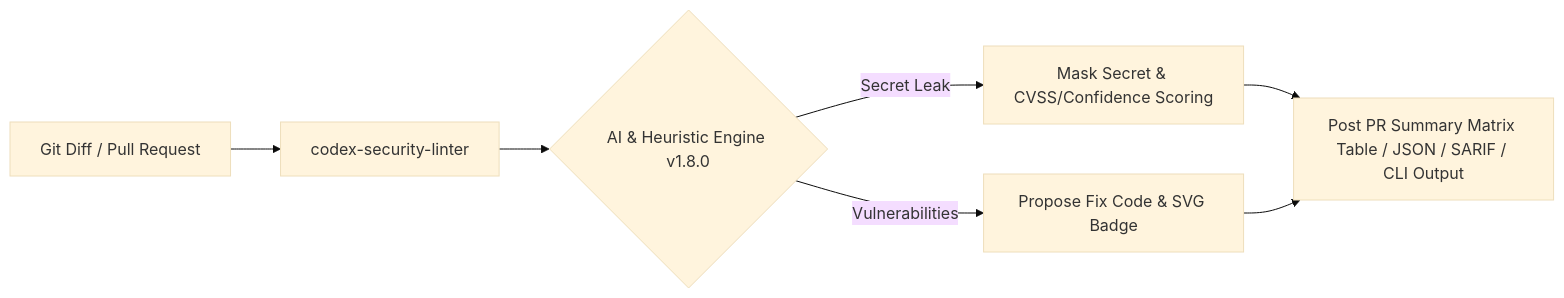
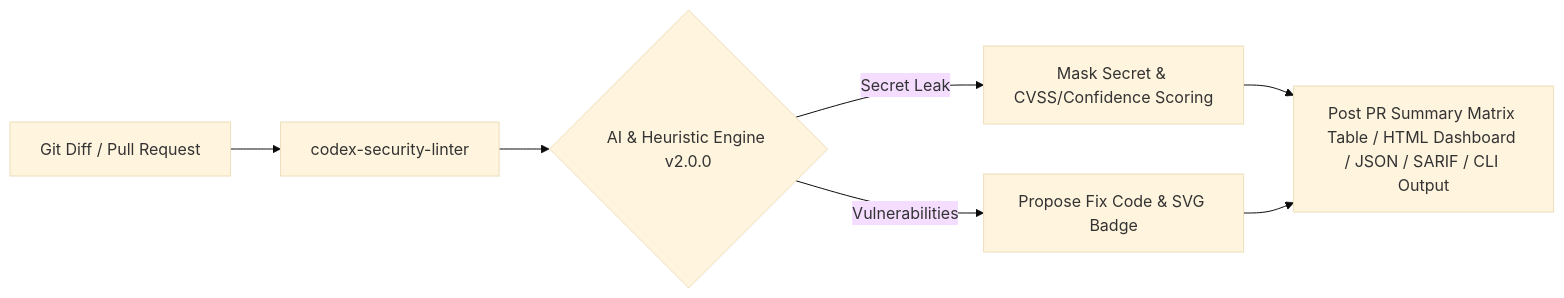
Before and after one commit to knmt1219/codex-security-linter: the diagram in README.md, drawn with Mermaid (base theme). The commit also changed other lines of this file and 3 other files, not shown here.

````diff
--- a/README.md
+++ b/README.md
@@ -15,8 +15,8 @@
 ```mermaid
 graph LR
     A[Git Diff / Pull Request] --> B[codex-security-linter]
-    B --> C{AI & Heuristic Engine v1.8.0}
+    B --> C{AI & Heuristic Engine v2.0.0}
     C -->|Secret Leak| D[Mask Secret & CVSS/Confidence Scoring]
     C -->|Vulnerabilities| E[Propose Fix Code & SVG Badge]
-    D & E --> F[Post PR Summary Matrix Table / JSON / SARIF / CLI Output]
+    D & E --> F[Post PR Summary Matrix Table / HTML Dashboard / JSON / SARIF / CLI Output]
 ```
````
